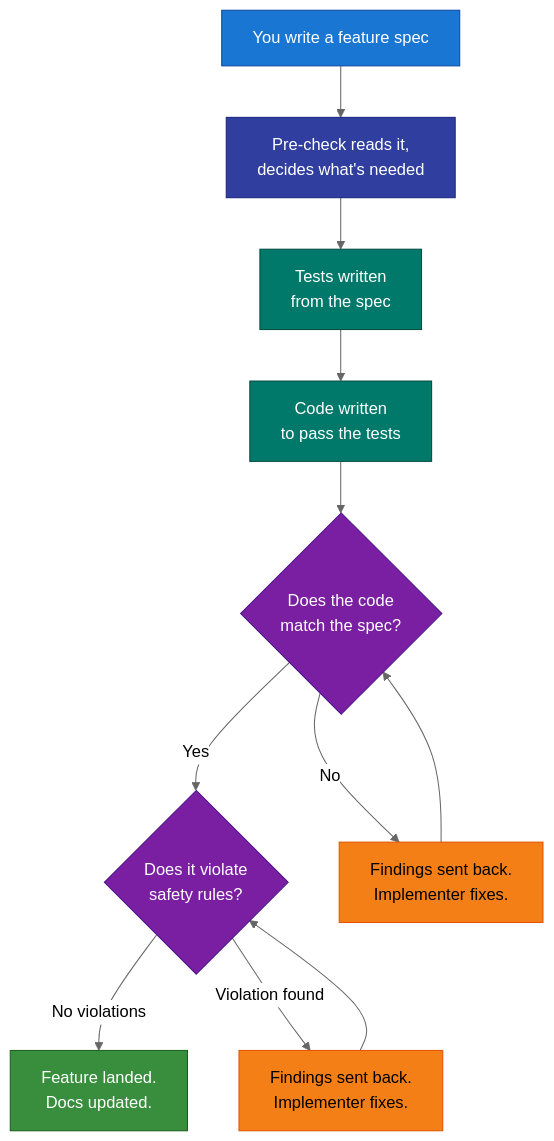
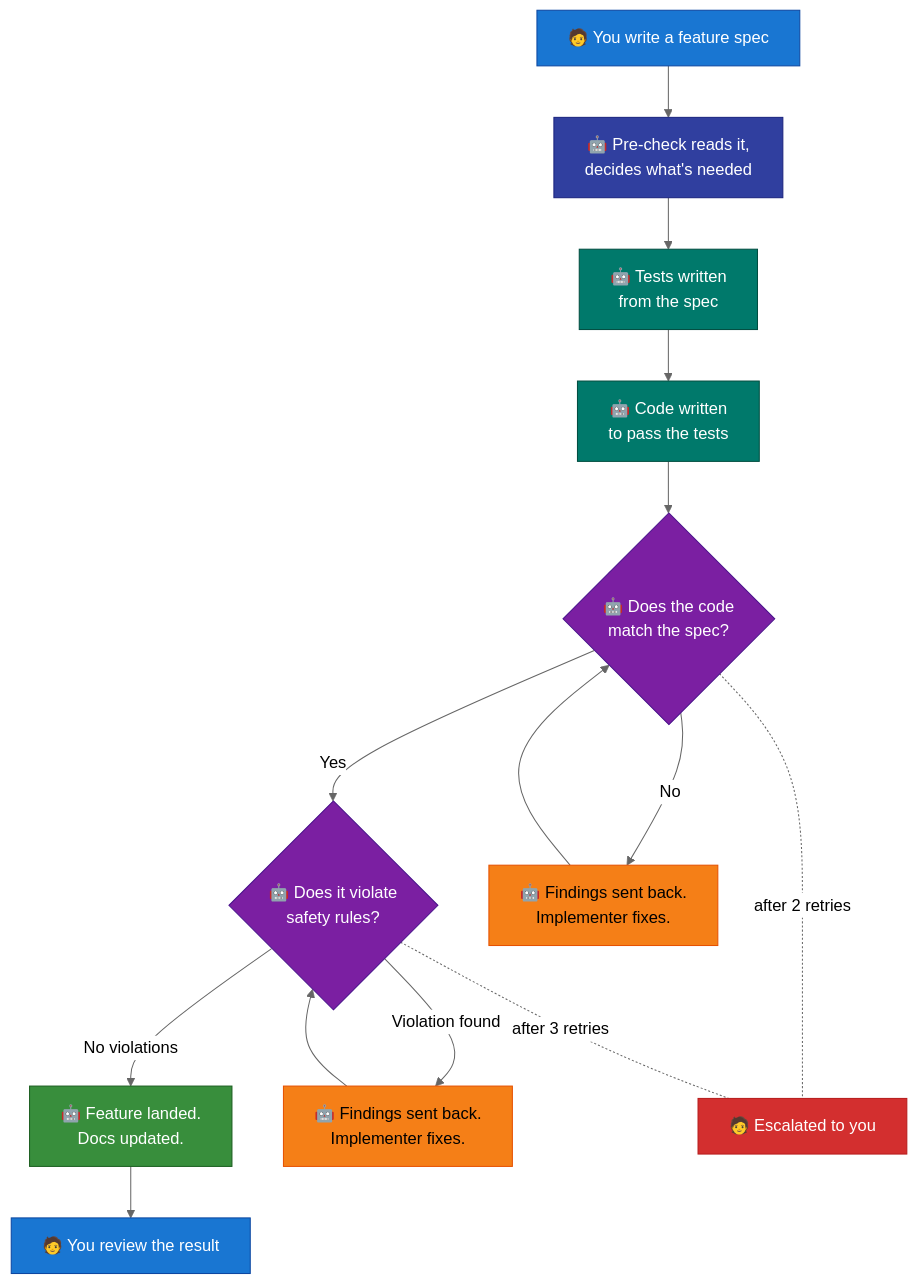
The second of 2 diagrams in README.md (TejGandham/keel), drawn with Mermaid (neutral theme) before and after one commit. The commit also changed other lines of this file, not shown here.

Commit message:
docs: show human vs agent roles in solution diagram
Added 🧑/🤖 markers to every node — human writes the spec and
reviews the result, everything in between is autonomous agents.
Added escalation paths (after 2/3 retries → back to human).
Legend below the diagram.

````diff
--- a/README.md
+++ b/README.md
@@ -24,23 +24,29 @@
 ```mermaid
 graph TD
-    Spec["You write a feature spec"] --> PC["Pre-check reads it,<br/>decides what's needed"]
-    PC --> TW["Tests written<br/>from the spec"]
-    TW --> IMP["Code written<br/>to pass the tests"]
-    IMP --> Gate{"Does the code<br/>match the spec?"}
-    Gate -->|Yes| Safe{"Does it violate<br/>safety rules?"}
-    Gate -->|No| Fix["Findings sent back.<br/>Implementer fixes."]
+    Spec["🧑 You write a feature spec"] --> PC["🤖 Pre-check reads it,<br/>decides what's needed"]
+    PC --> TW["🤖 Tests written<br/>from the spec"]
+    TW --> IMP["🤖 Code written<br/>to pass the tests"]
+    IMP --> Gate{"🤖 Does the code<br/>match the spec?"}
+    Gate -->|Yes| Safe{"🤖 Does it violate<br/>safety rules?"}
+    Gate -->|No| Fix["🤖 Findings sent back.<br/>Implementer fixes."]
     Fix --> Gate
-    Safe -->|No violations| Land["Feature landed.<br/>Docs updated."]
-    Safe -->|Violation found| Fix2["Findings sent back.<br/>Implementer fixes."]
+    Safe -->|No violations| Land["🤖 Feature landed.<br/>Docs updated."]
+    Safe -->|Violation found| Fix2["🤖 Findings sent back.<br/>Implementer fixes."]
     Fix2 --> Safe
+    Land --> PR["🧑 You review the result"]
+
+    Gate -.-|"after 2 retries"| Esc["🧑 Escalated to you"]
+    Safe -.-|"after 3 retries"| Esc
 
     style Spec fill:#1976D2,stroke:#0D47A1,color:#fff
     style PC fill:#303F9F,stroke:#1A237E,color:#fff
     style TW fill:#00796B,stroke:#004D40,color:#fff
     style IMP fill:#00796B,stroke:#004D40,color:#fff
     style Gate fill:#7B1FA2,stroke:#4A148C,color:#fff
     style Safe fill:#7B1FA2,stroke:#4A148C,color:#fff
     style Fix fill:#F57F17,stroke:#E65100,color:#000
     style Fix2 fill:#F57F17,stroke:#E65100,color:#000
     style Land fill:#388E3C,stroke:#1B5E20,color:#fff
+    style PR fill:#1976D2,stroke:#0D47A1,color:#fff
+    style Esc fill:#D32F2F,stroke:#B71C1C,color:#fff
 ```
````
